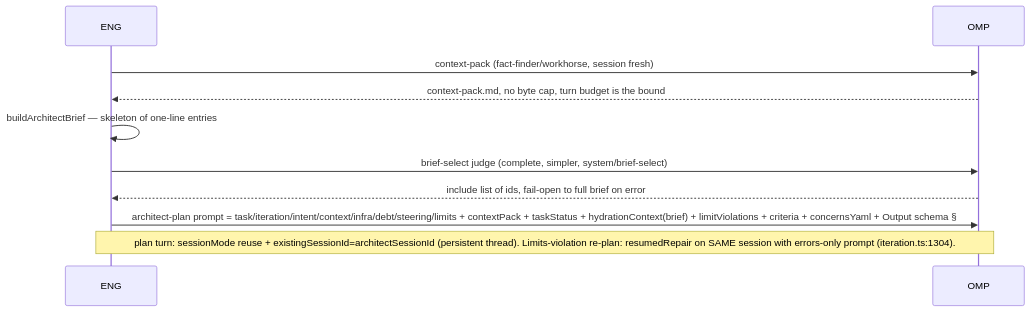
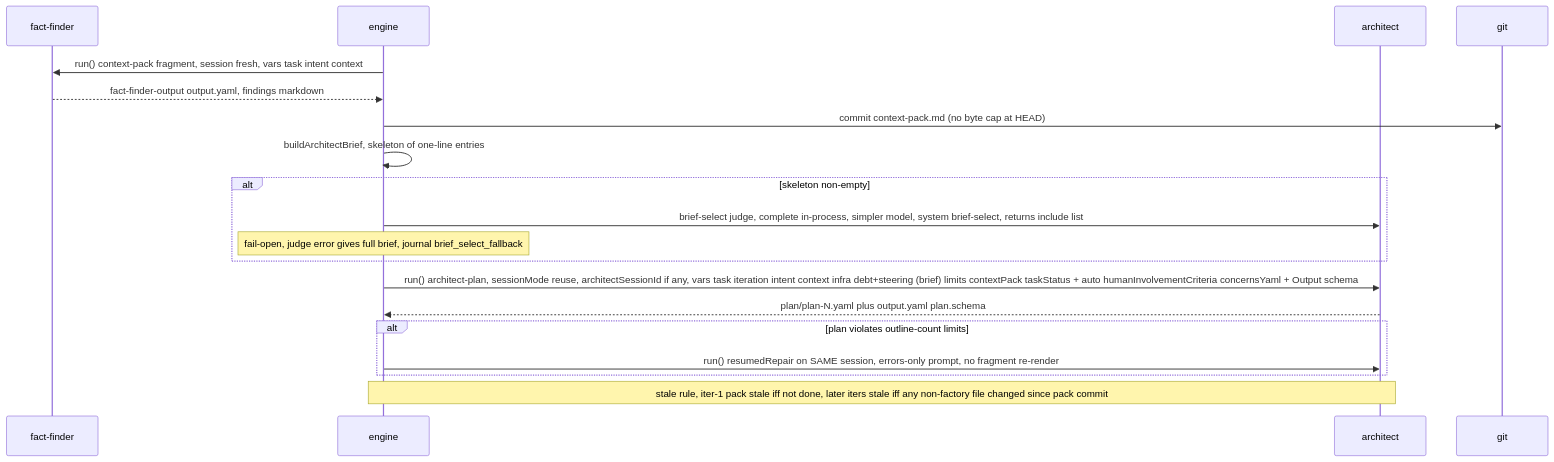
Before and after one commit to szavadsky/agentic-swarm: the third of 5 diagrams in plugins/software-factory/docs/IMPLEMENTATION.md, drawn with Mermaid. The commit also changed other lines of this file, not shown here.

Commit message:
software-factory: as-built IMPLEMENTATION.md (diagrams + LLM audit)

````diff
--- a/plugins/software-factory/docs/IMPLEMENTATION.md
+++ b/plugins/software-factory/docs/IMPLEMENTATION.md
@@ -106,12 +156,21 @@
 ```mermaid
 sequenceDiagram
-    participant ENG
-    participant OMP
-    ENG->>OMP: context-pack (fact-finder/workhorse, session fresh)
-    OMP-->>ENG: context-pack.md, no byte cap, turn budget is the bound
-    ENG->>ENG: buildArchitectBrief — skeleton of one-line entries
-    ENG->>OMP: brief-select judge (complete, simpler, system/brief-select)
-    OMP-->>ENG: include list of ids, fail-open to full brief on error
-    ENG->>OMP: architect-plan prompt = task/iteration/intent/context/infra/debt/steering/limits + contextPack + taskStatus + hydrationContext(brief) + limitViolations + criteria + concernsYaml + Output schema §
-    Note over ENG,OMP: plan turn: sessionMode reuse + existingSessionId=architectSessionId (persistent thread). Limits-violation re-plan: resumedRepair on SAME session with errors-only prompt (iteration.ts:1304).
+    participant FF as fact-finder
+    participant ENG as engine
+    participant ARC as architect
+    participant GIT as git
+    ENG->>FF: run() context-pack fragment, session fresh, vars task intent context
+    FF-->>ENG: fact-finder-output output.yaml, findings markdown
+    ENG->>GIT: commit context-pack.md (no byte cap at HEAD)
+    ENG->>ENG: buildArchitectBrief, skeleton of one-line entries
+    alt skeleton non-empty
+        ENG->>ARC: brief-select judge, complete in-process, simpler model, system brief-select, returns include list
+        Note over ENG: fail-open, judge error gives full brief, journal brief_select_fallback
+    end
+    ENG->>ARC: run() architect-plan, sessionMode reuse, architectSessionId if any, vars task iteration intent context infra debt+steering (brief) limits contextPack taskStatus + auto humanInvolvementCriteria concernsYaml + Output schema
+    ARC-->>ENG: plan/plan-N.yaml plus output.yaml plan.schema
+    alt plan violates outline-count limits
+        ENG->>ARC: run() resumedRepair on SAME session, errors-only prompt, no fragment re-render
+    end
+    Note over ENG,ARC: stale rule, iter-1 pack stale iff not done, later iters stale iff any non-factory file changed since pack commit
 ```
````
